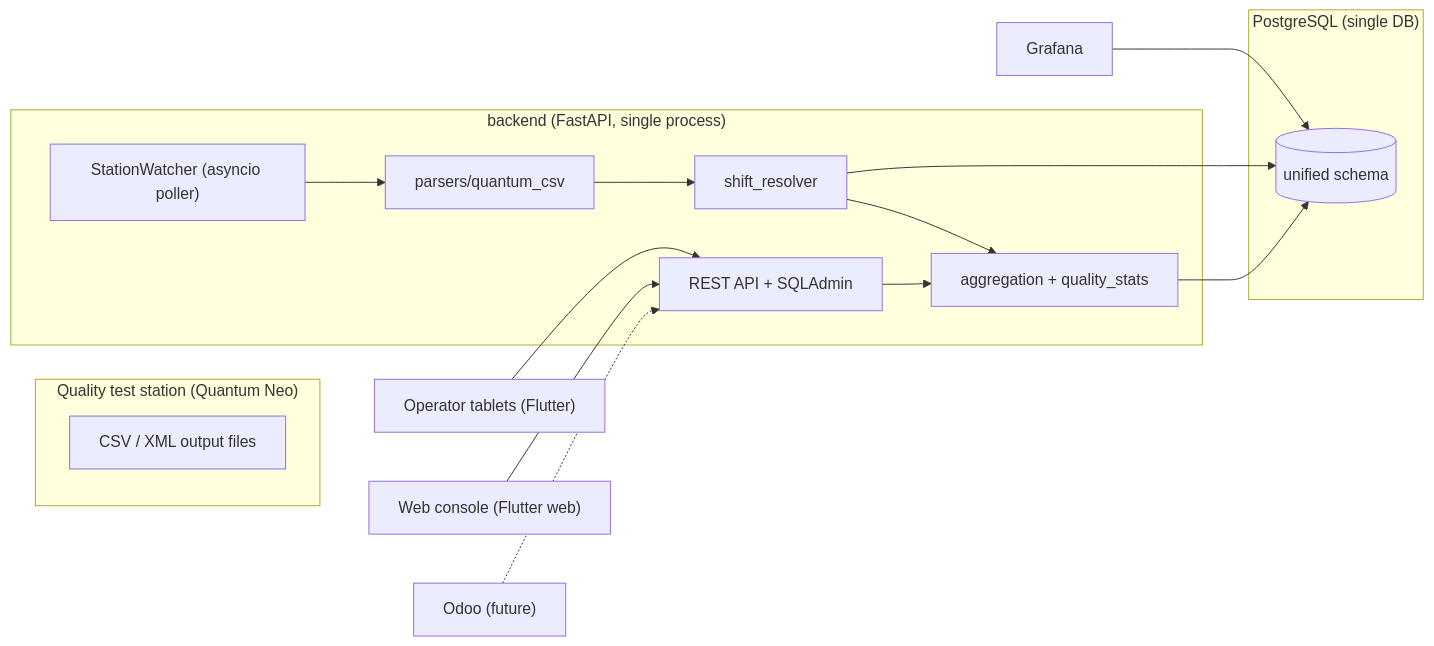
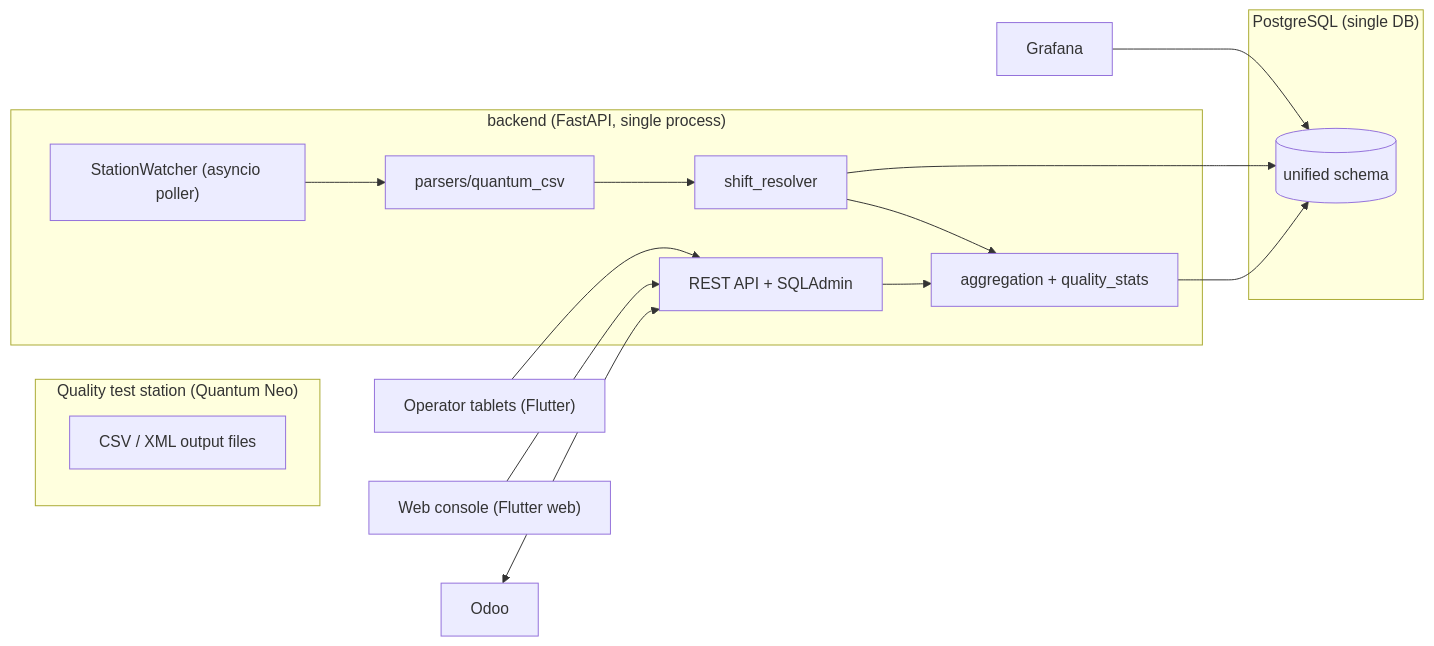
One commit to Pitonesku/mes_pft changed the diagram in README.md. Above: the diagram before and after it, drawn with Mermaid. The commit also changed other lines of this file and 66 other files, not shown here.

````diff
--- a/README.md
+++ b/README.md
@@ -19,24 +19,24 @@
 ```mermaid
 flowchart LR
     subgraph Station["Quality test station (Quantum Neo)"]
         CSV["CSV / XML output files"]
     end
     subgraph Backend["backend (FastAPI, single process)"]
         Watcher["StationWatcher (asyncio poller)"]
         Parser["parsers/quantum_csv"]
         Resolver["shift_resolver"]
         API["REST API + SQLAdmin"]
         Agg["aggregation + quality_stats"]
         Watcher --> Parser --> Resolver --> Agg
         API --> Agg
     end
     subgraph Store["PostgreSQL (single DB)"]
         DB[("unified schema")]
     end
     Tablet["Operator tablets (Flutter)"] --> API
     Web["Web console (Flutter web)"] --> API
     Grafana["Grafana"] --> DB
-    Odoo["Odoo (future)"] -.-> API
+    Odoo["Odoo"] <--> API
     Resolver --> DB
     Agg --> DB
 ```
````
